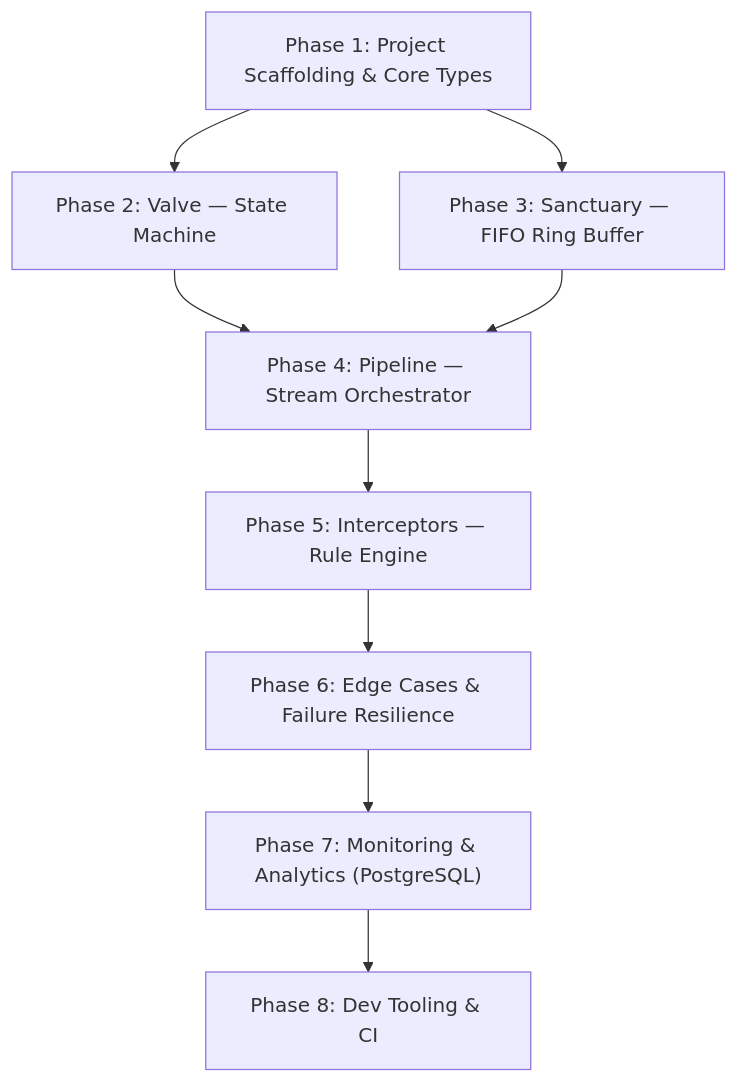
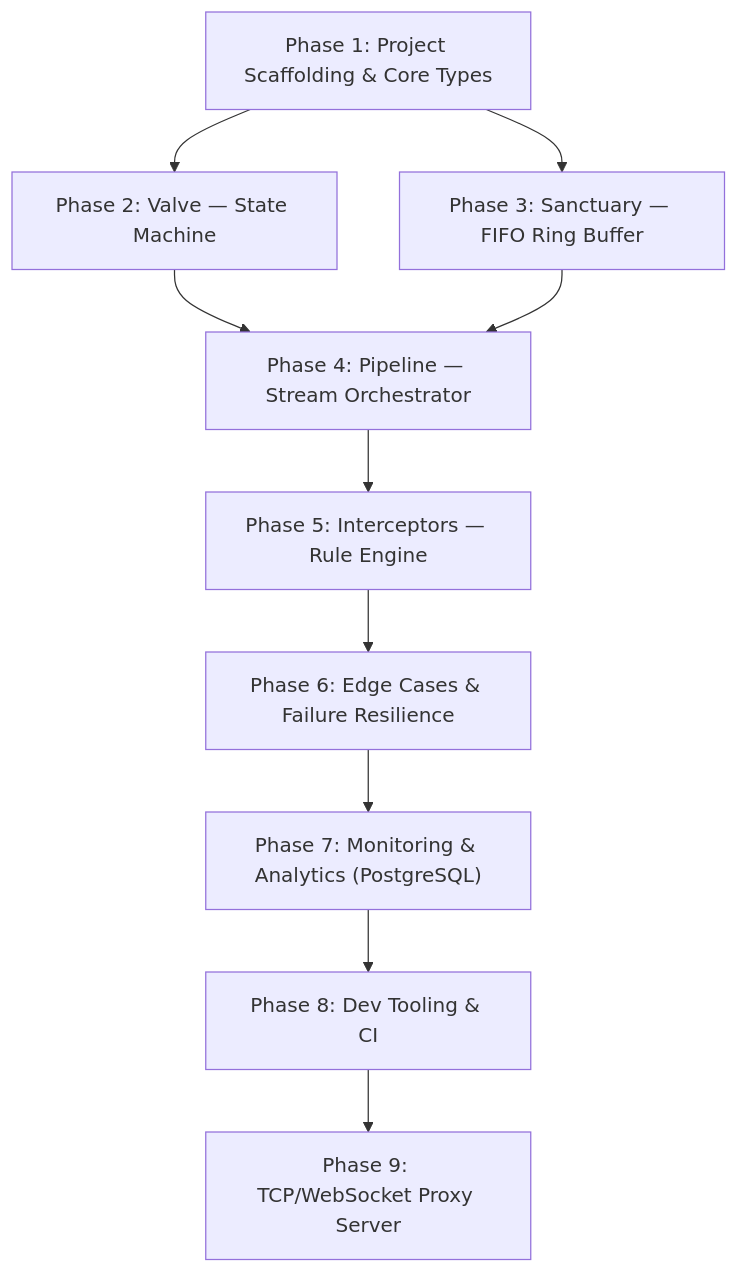
The first of 10 diagrams in docs/implementation-plan.md (ysBayram/kervan-proxy), drawn with Mermaid before and after one commit. The commit also changed other lines of this file, not shown here.

Commit message:
docs(p9): add Phase 9 - TCP/WebSocket proxy server to implementation plan

````diff
--- a/docs/implementation-plan.md
+++ b/docs/implementation-plan.md
@@ -32,20 +32,22 @@
 ```mermaid
 flowchart TD
     P1["Phase 1: Project Scaffolding & Core Types"]
     P2["Phase 2: Valve — State Machine"]
     P3["Phase 3: Sanctuary — FIFO Ring Buffer"]
     P4["Phase 4: Pipeline — Stream Orchestrator"]
     P5["Phase 5: Interceptors — Rule Engine"]
     P6["Phase 6: Edge Cases & Failure Resilience"]
     P7["Phase 7: Monitoring & Analytics (PostgreSQL)"]
     P8["Phase 8: Dev Tooling & CI"]
+    P9["Phase 9: TCP/WebSocket Proxy Server"]
 
     P1 --> P2
     P1 --> P3
     P2 --> P4
     P3 --> P4
     P4 --> P5
     P5 --> P6
     P6 --> P7
     P7 --> P8
+    P8 --> P9
 ```
````
